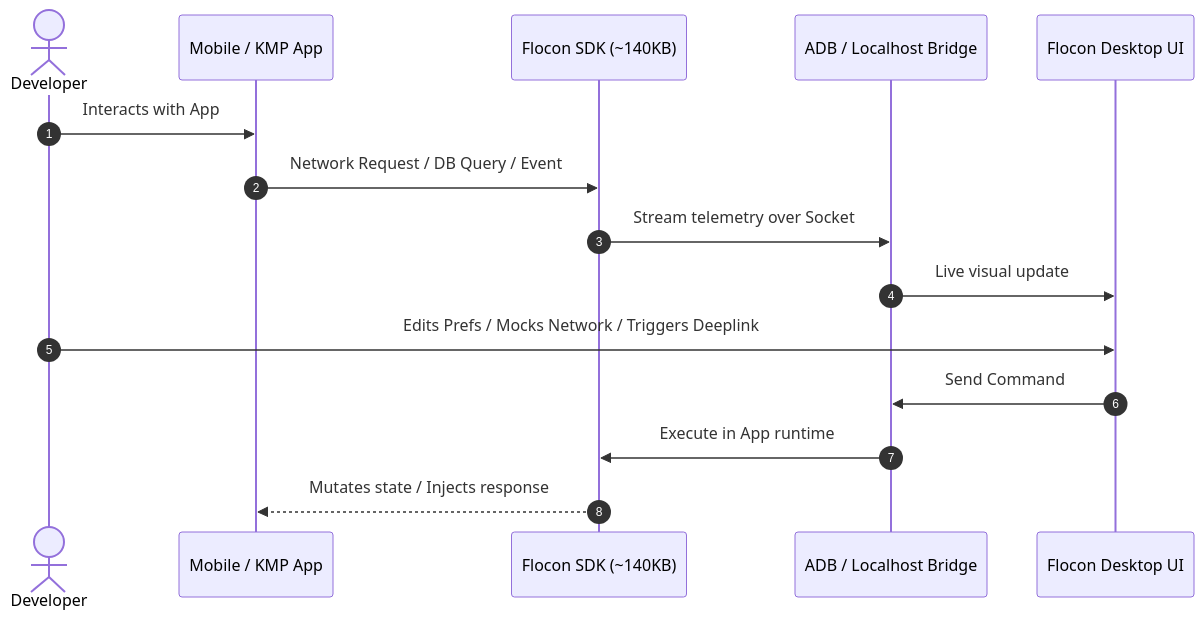
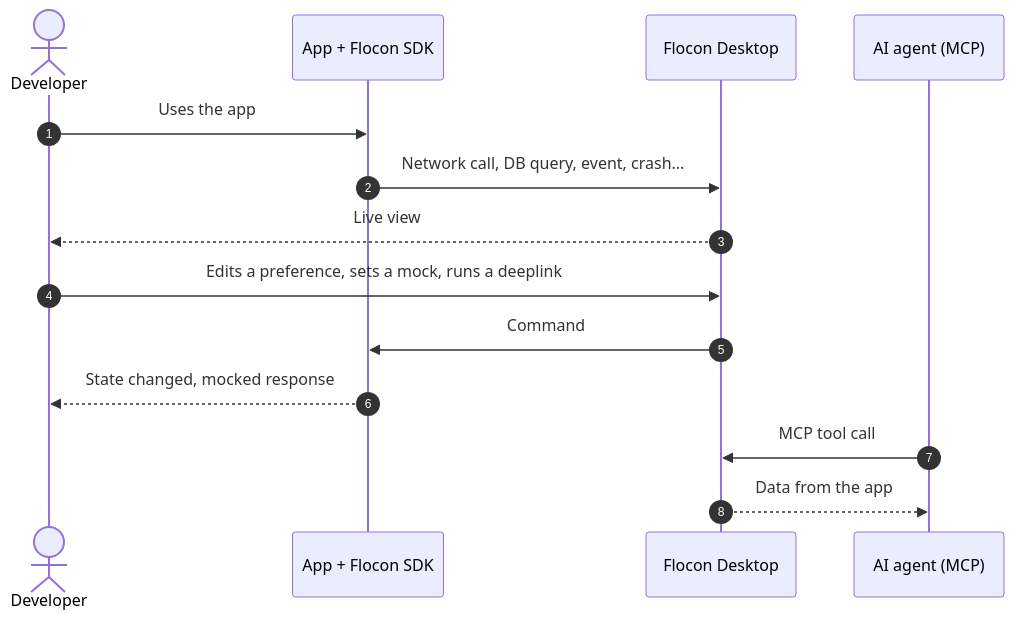
One commit to openflocon/Flocon changed the diagram in docs/index.md. Above: the diagram before and after it, drawn with Mermaid. The commit also changed other lines of this file and 29 other files, not shown here.

````diff
--- a/docs/index.md
+++ b/docs/index.md
@@ -95,18 +95,17 @@
 ```mermaid
 sequenceDiagram
     autonumber
     actor Dev as Developer
-    participant App as Mobile / KMP App
-    participant SDK as Flocon SDK (~140KB)
-    participant Bridge as ADB / Localhost Bridge
-    participant Desktop as Flocon Desktop UI
+    participant App as App + Flocon SDK
+    participant Desktop as Flocon Desktop
+    participant AI as AI agent (MCP)
 
-    Dev->>App: Interacts with App
-    App->>SDK: Network Request / DB Query / Event
-    SDK->>Bridge: Stream telemetry over Socket
-    Bridge->>Desktop: Live visual update
-    Dev->>Desktop: Edits Prefs / Mocks Network / Triggers Deeplink
-    Desktop->>Bridge: Send Command
-    Bridge->>SDK: Execute in App runtime
-    SDK-->>App: Mutates state / Injects response
+    Dev->>App: Uses the app
+    App->>Desktop: Network call, DB query, event, crash...
+    Desktop-->>Dev: Live view
+    Dev->>Desktop: Edits a preference, sets a mock, runs a deeplink
+    Desktop->>App: Command
+    App-->>Dev: State changed, mocked response
+    AI->>Desktop: MCP tool call
+    Desktop-->>AI: Data from the app
 ```
````
